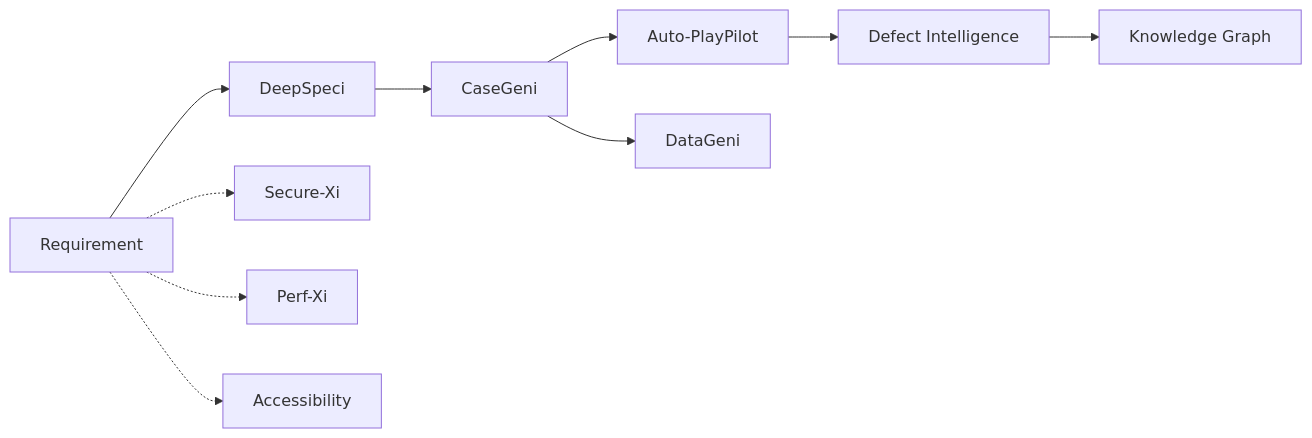
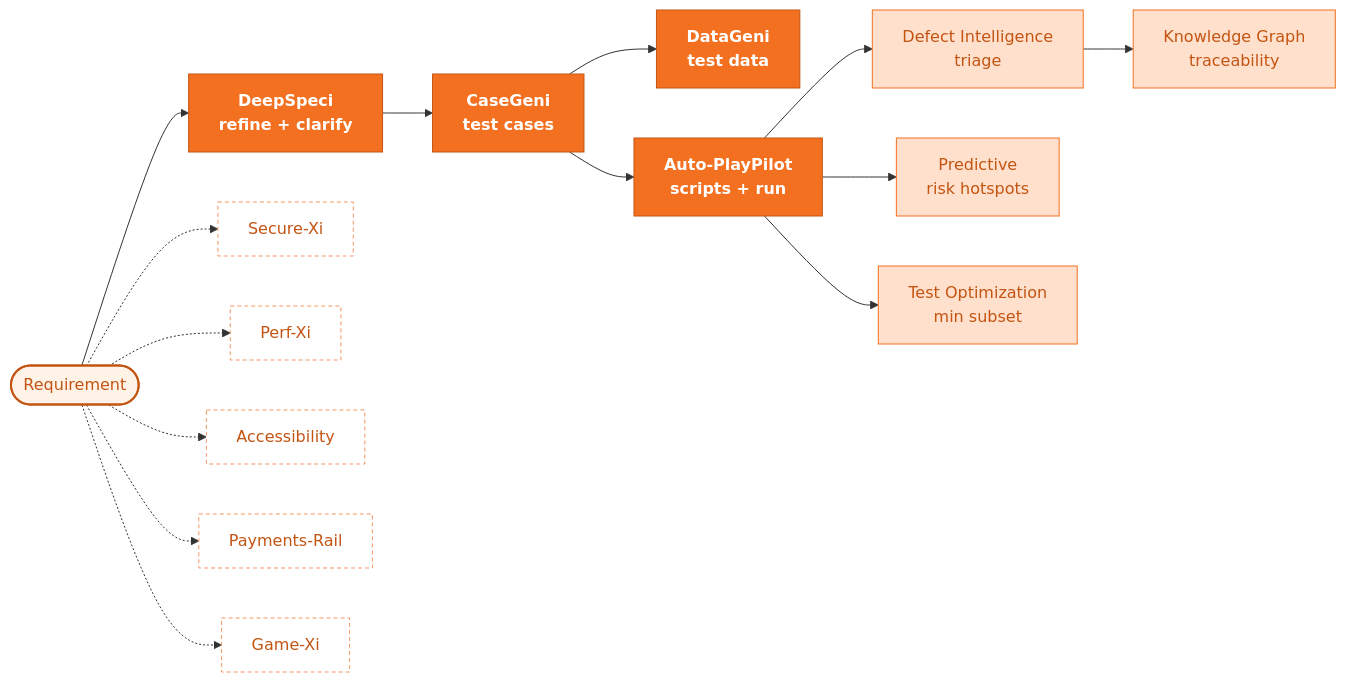
One commit to QE-CoE/zenseaiqicookbook changed the diagram in docs/index.md. Above: the diagram before and after it, drawn with Mermaid. The commit also changed other lines of this file and 1 other file, not shown here.

````diff
--- a/docs/index.md
+++ b/docs/index.md
@@ -133,12 +79,22 @@
 ```mermaid
 flowchart LR
-  R[Requirement] --> DS[DeepSpeci]
-  DS --> CG[CaseGeni]
-  CG --> APP[Auto-PlayPilot]
-  CG --> DG[DataGeni]
-  APP --> DI[Defect Intelligence]
-  DI --> KG[Knowledge Graph]
-  R -.-> SX[Secure-Xi]
-  R -.-> PX[Perf-Xi]
-  R -.-> AC[Accessibility]
+  R([Requirement]):::input --> DS[DeepSpeci<br/>refine + clarify]:::core
+  DS --> CG[CaseGeni<br/>test cases]:::core
+  CG --> DG[DataGeni<br/>test data]:::core
+  CG --> APP[Auto-PlayPilot<br/>scripts + run]:::core
+  APP --> DI[Defect Intelligence<br/>triage]:::quality
+  DI --> KG[Knowledge Graph<br/>traceability]:::quality
+  APP --> PI[Predictive<br/>risk hotspots]:::quality
+  APP --> TO[Test Optimization<br/>min subset]:::quality
+
+  R -.-> SX[Secure-Xi]:::spec
+  R -.-> PX[Perf-Xi]:::spec
+  R -.-> AC[Accessibility]:::spec
+  R -.-> PR[Payments-Rail]:::spec
+  R -.-> GX[Game-Xi]:::spec
+
+  classDef input  fill:#FFF3E8,stroke:#C45412,stroke-width:2px,color:#C45412;
+  classDef core   fill:#F37021,stroke:#C45412,color:#fff,font-weight:bold;
+  classDef quality fill:#FFE0CC,stroke:#F37021,color:#C45412;
+  classDef spec   fill:#FFFFFF,stroke:#F89561,color:#C45412,stroke-dasharray:4 3;
 ```
````
